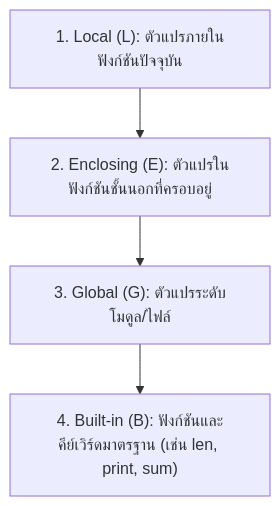
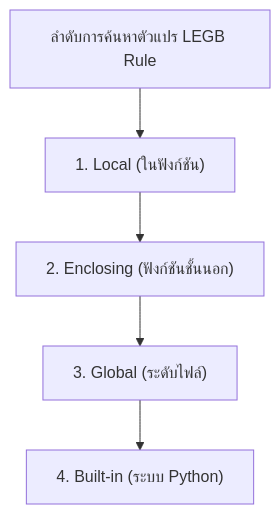
Before and after one commit to Tsanaphy2023/computing-science: the diagram in book2_chapters/chapter02_modular_programming_and_functions.md, drawn with Mermaid. The commit also changed other lines of this file and 7 other files, not shown here.

````diff
--- a/book2_chapters/chapter02_modular_programming_and_functions.md
+++ b/book2_chapters/chapter02_modular_programming_and_functions.md
@@ -34,6 +56,8 @@
 ```mermaid
 graph TD
-    L["1. Local (L): ตัวแปรภายในฟังก์ชันปัจจุบัน"] --> E["2. Enclosing (E): ตัวแปรในฟังก์ชันชั้นนอกที่ครอบอยู่"]
-    E --> G["3. Global (G): ตัวแปรระดับโมดูล/ไฟล์"]
-    G --> B["4. Built-in (B): ฟังก์ชันและคีย์เวิร์ดมาตรฐาน (เช่น len, print, sum)"]
+    LEGB["ลำดับการค้นหาตัวแปร LEGB Rule"]
+    LEGB --> L["1. Local (ในฟังก์ชัน)"]
+    L --> E["2. Enclosing (ฟังก์ชันชั้นนอก)"]
+    E --> G["3. Global (ระดับไฟล์)"]
+    G --> B["4. Built-in (ระบบ Python)"]
 ```
````
